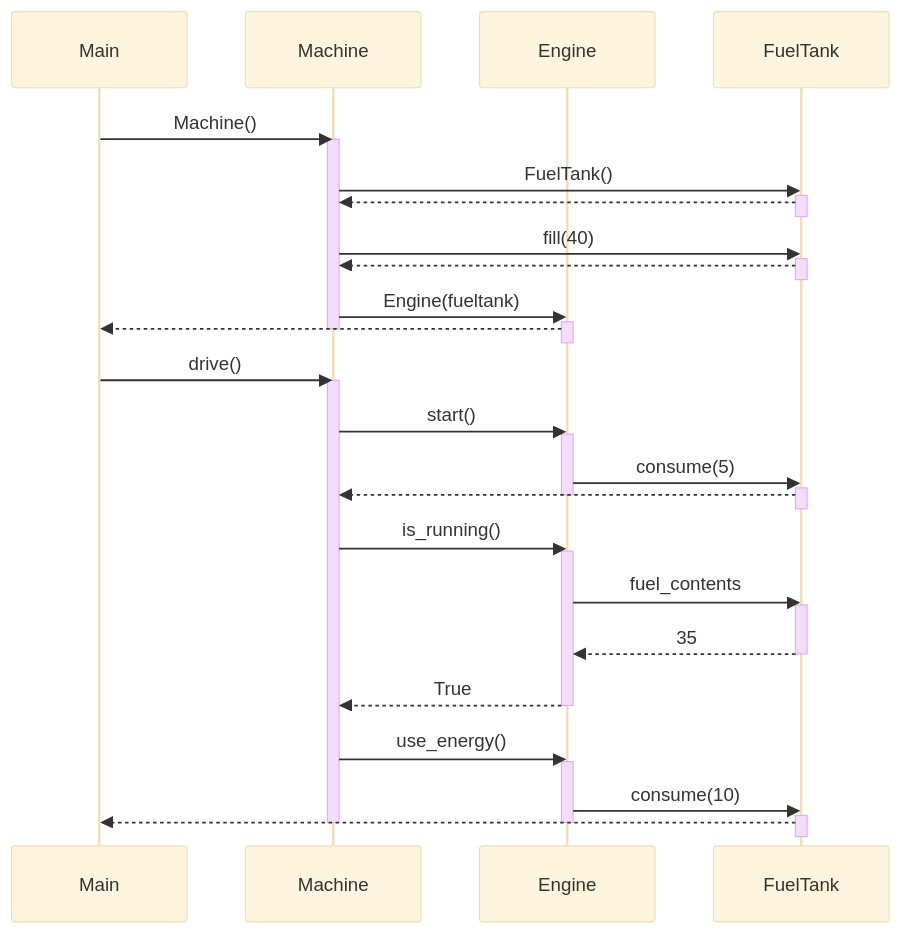
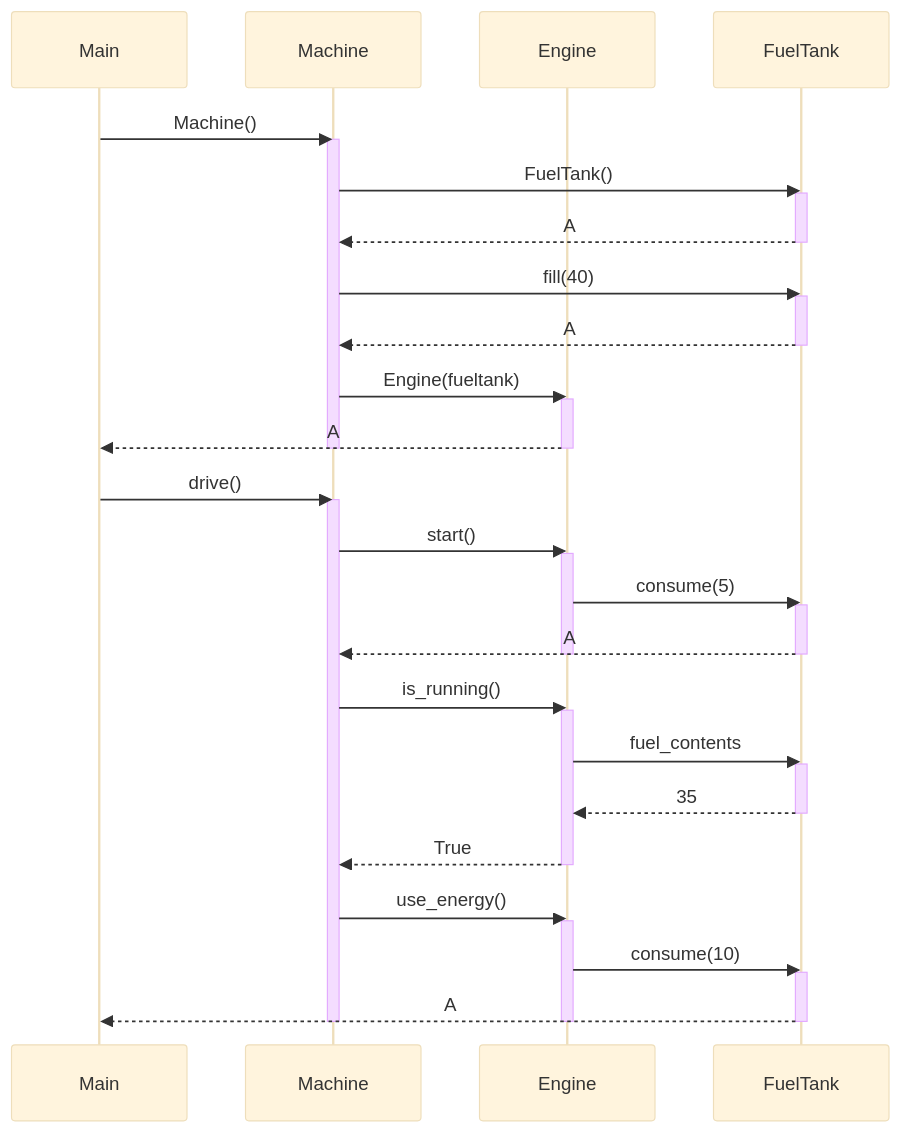
Before and after one commit to Peikkohi/ot-harjoitustyo: the diagram in laskarit/viikko3/machine-sekvenssikaavio.md, drawn with Mermaid (base theme).

Commit message:
Fix sequence diagram

````diff
--- a/laskarit/viikko3/machine-sekvenssikaavio.md
+++ b/laskarit/viikko3/machine-sekvenssikaavio.md
@@ -1,48 +1,48 @@
 ```mermaid
 sequenceDiagram
 	participant Ma as Main
 	participant M as Machine
 	participant E as Engine
 	participant F as FuelTank
 
 	Ma->>M: Machine()
 	activate M
 	M->>F: FuelTank()
 	activate F
-	F-->>M:
+	F-->>M: A
 	deactivate F
 	M->>F: fill(40)
 	activate F
-	F-->>M:
+	F-->>M: A
 	deactivate F
 	M->>E: Engine(fueltank)
 	activate E
-	E-->>Ma:
+	E-->>Ma: A
 	deactivate E
 	deactivate M
 	Ma->>M: drive()
 	activate M
 	M->>E: start()
 	activate E
 	E->>F: consume(5)
 	activate F
-	F-->>M:
+	F-->>M: A
 	deactivate F
 	deactivate E
 	M->>E: is_running()
 	activate E
 	E->>F: fuel_contents
 	activate F
 	F-->>E: 35
 	deactivate F
 	E-->>M: True
 	deactivate E
 	M->>E: use_energy()
 	activate E
 	E->>F: consume(10)
 	activate F
-	F-->>Ma:
+	F-->>Ma: A
 	deactivate F
 	deactivate E
 	deactivate M
 ```
````
